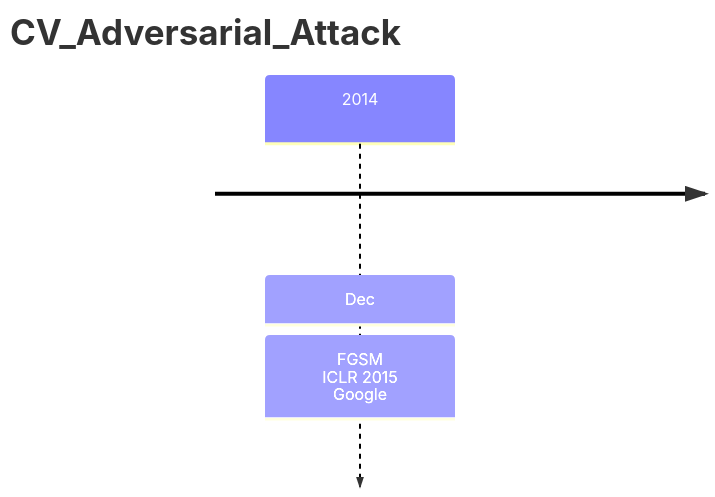
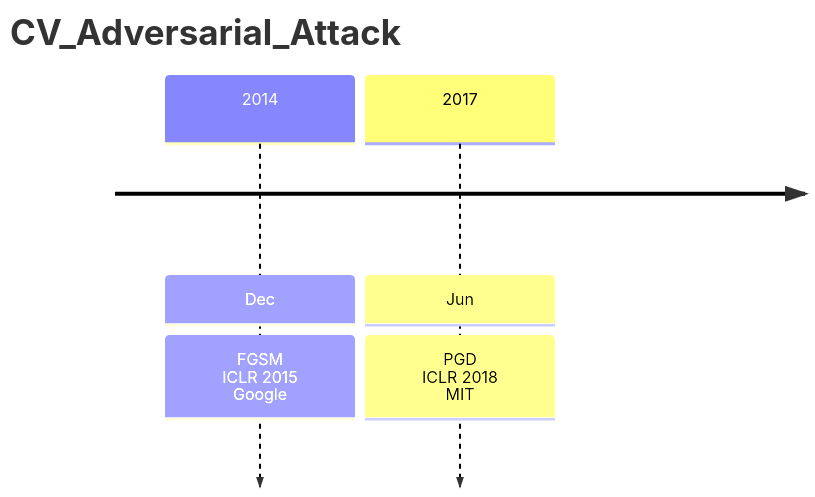
Before and after one commit to Elephant-King9/Paper: the first of 4 diagrams in Attack/Adversarial_Attack/CV/analyse.md, drawn with Mermaid. The commit also changed other lines of this file and 4 other files, not shown here.

````diff
--- a/Attack/Adversarial_Attack/CV/analyse.md
+++ b/Attack/Adversarial_Attack/CV/analyse.md
@@ -5,7 +5,8 @@
 ```mermaid
 timeline
     title CV_Adversarial_Attack
     2014 : Dec
     		 : FGSM<br>ICLR 2015<br>Google
-    
+    2017 : Jun
+    		 : PGD<br>ICLR 2018<br>MIT
 ```
````
